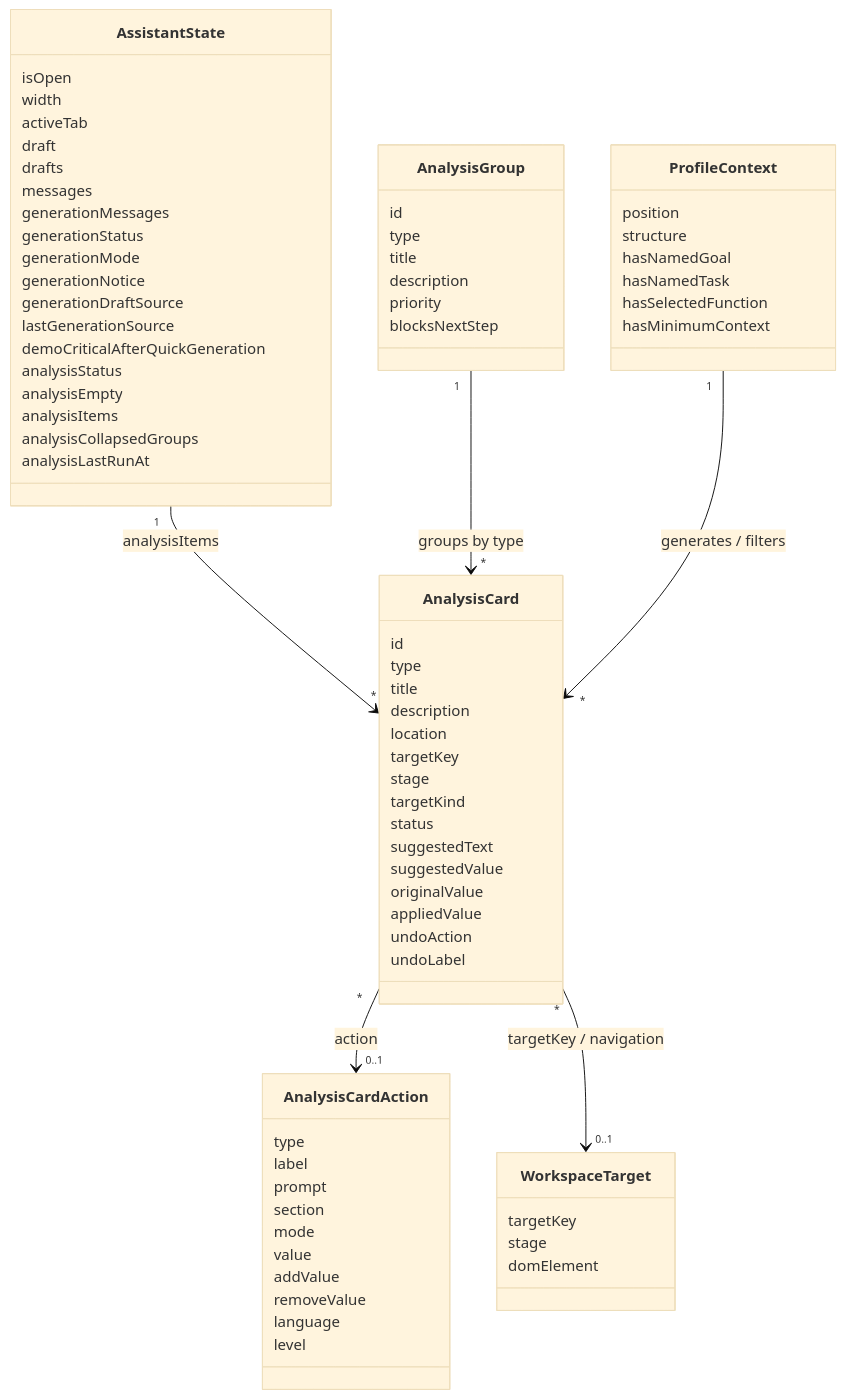
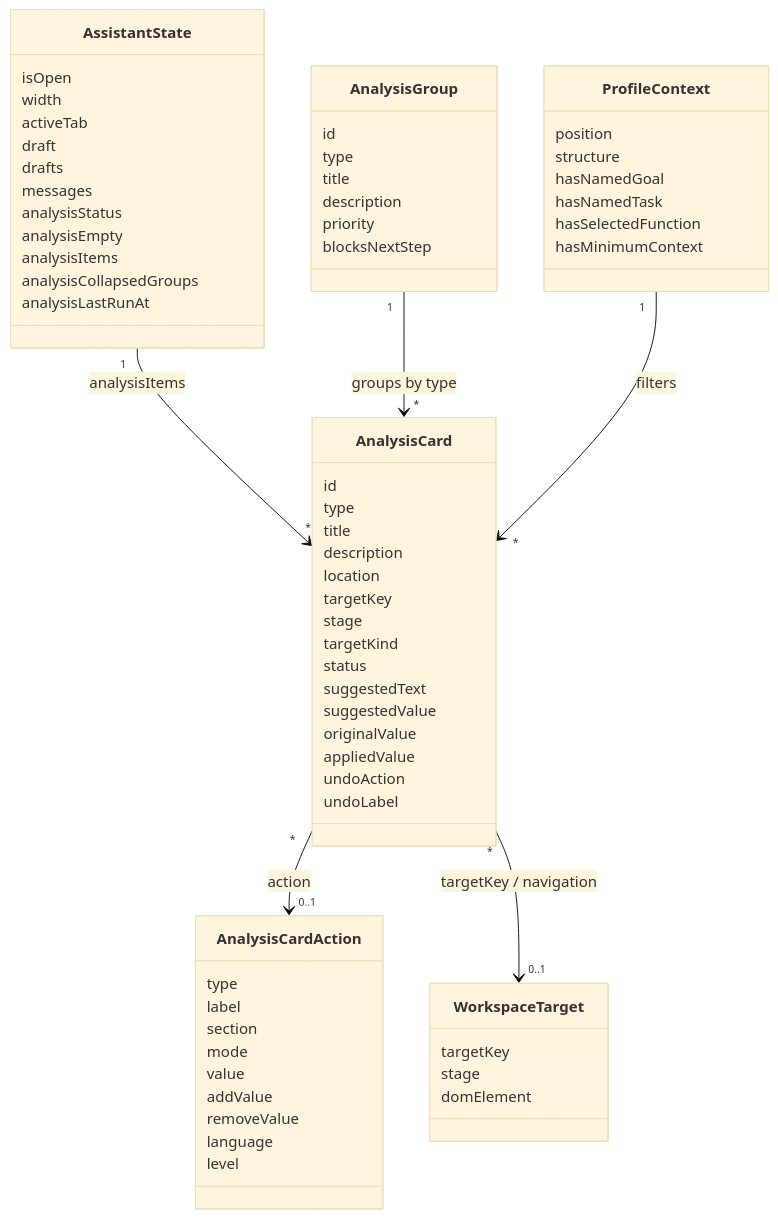
The diagram in docs/components/profile-ai-assistant/data-model.md (Anton-Sukhankin/HR-Profiling-Block), drawn with Mermaid (base theme) before and after one commit. The commit also changed other lines of this file and 21 other files, not shown here.

````diff
--- a/docs/components/profile-ai-assistant/data-model.md
+++ b/docs/components/profile-ai-assistant/data-model.md
@@ -17,13 +17,6 @@
     draft
     drafts
     messages
-    generationMessages
-    generationStatus
-    generationMode
-    generationNotice
-    generationDraftSource
-    lastGenerationSource
-    demoCriticalAfterQuickGeneration
     analysisStatus
     analysisEmpty
     analysisItems
@@ -52,7 +45,6 @@
   class AnalysisCardAction {
     type
     label
-    prompt
     section
     mode
     value
@@ -89,6 +81,6 @@
   AssistantState "1" --> "*" AnalysisCard : analysisItems
   AnalysisCard "*" --> "0..1" AnalysisCardAction : action
   AnalysisGroup "1" --> "*" AnalysisCard : groups by type
-  ProfileContext "1" --> "*" AnalysisCard : generates / filters
+  ProfileContext "1" --> "*" AnalysisCard : filters
   AnalysisCard "*" --> "0..1" WorkspaceTarget : targetKey / navigation
 ```
````
